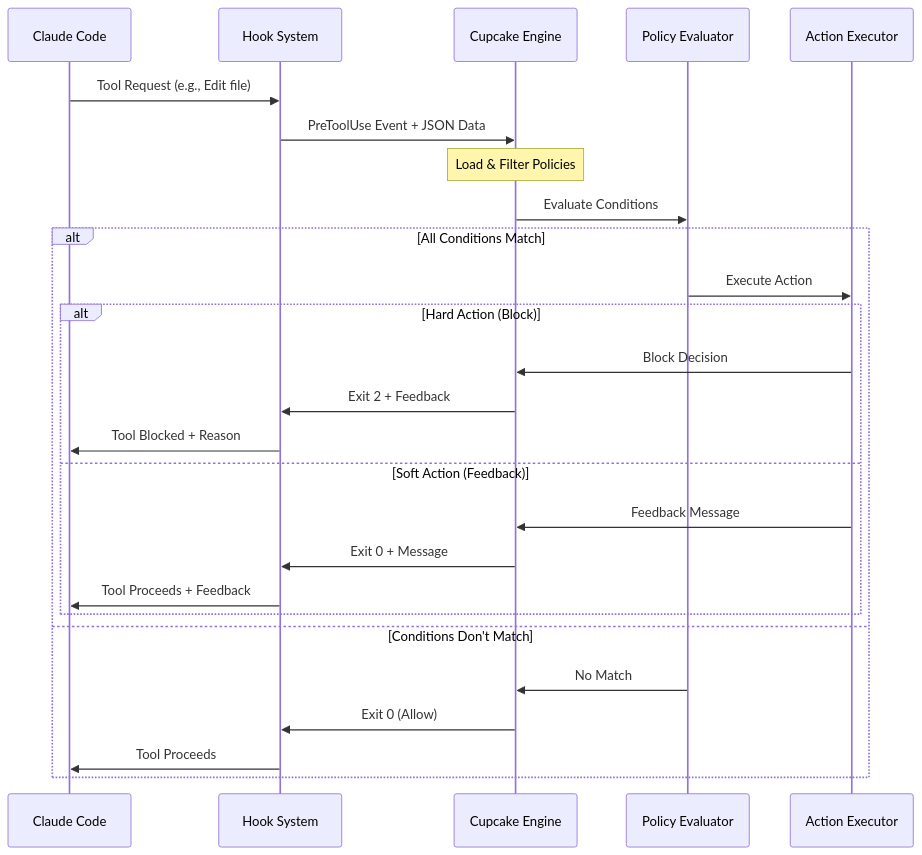
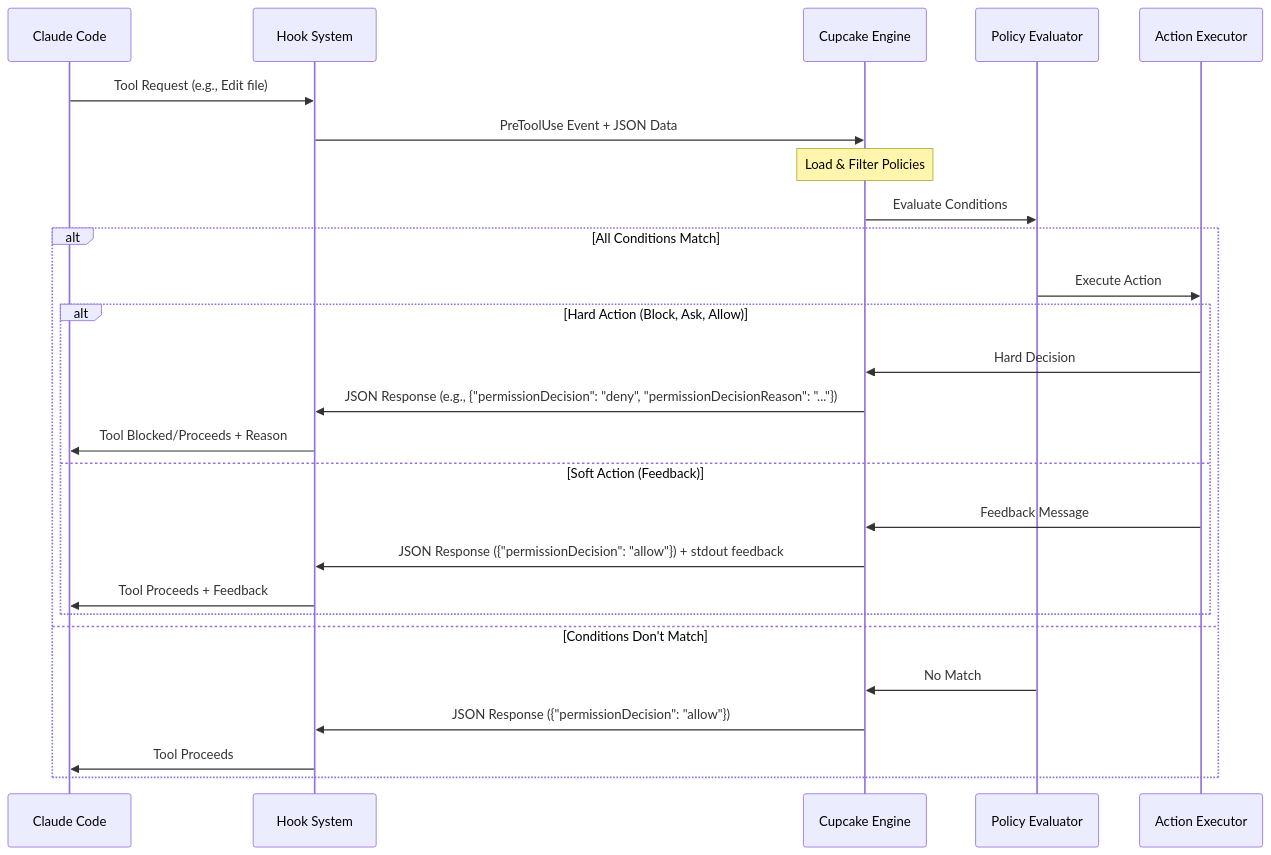
One commit to eqtylab/cupcake changed the first of 5 diagrams in docs/conditions-and-actions.md. Above: the diagram before and after it, drawn with Mermaid. The commit also changed other lines of this file and 5 other files, not shown here.

````diff
--- a/docs/conditions-and-actions.md
+++ b/docs/conditions-and-actions.md
@@ -33,31 +36,31 @@
 ```mermaid
 sequenceDiagram
     participant Claude as Claude Code
     participant Hook as Hook System
     participant Cupcake as Cupcake Engine
     participant Policy as Policy Evaluator
     participant Action as Action Executor
 
     Claude->>Hook: Tool Request (e.g., Edit file)
     Hook->>Cupcake: PreToolUse Event + JSON Data
 
     Note over Cupcake: Load & Filter Policies
     Cupcake->>Policy: Evaluate Conditions
 
     alt All Conditions Match
         Policy->>Action: Execute Action
-        alt Hard Action (Block)
-            Action->>Cupcake: Block Decision
-            Cupcake->>Hook: Exit 2 + Feedback
-            Hook->>Claude: Tool Blocked + Reason
+        alt Hard Action (Block, Ask, Allow)
+            Action->>Cupcake: Hard Decision
+            Cupcake->>Hook: JSON Response (e.g., {"permissionDecision": "deny", "permissionDecisionReason": "..."})
+            Hook->>Claude: Tool Blocked/Proceeds + Reason
         else Soft Action (Feedback)
             Action->>Cupcake: Feedback Message
-            Cupcake->>Hook: Exit 0 + Message
+            Cupcake->>Hook: JSON Response ({"permissionDecision": "allow"}) + stdout feedback
             Hook->>Claude: Tool Proceeds + Feedback
         end
     else Conditions Don't Match
         Policy->>Cupcake: No Match
-        Cupcake->>Hook: Exit 0 (Allow)
+        Cupcake->>Hook: JSON Response ({"permissionDecision": "allow"})
         Hook->>Claude: Tool Proceeds
     end
 ```
````
